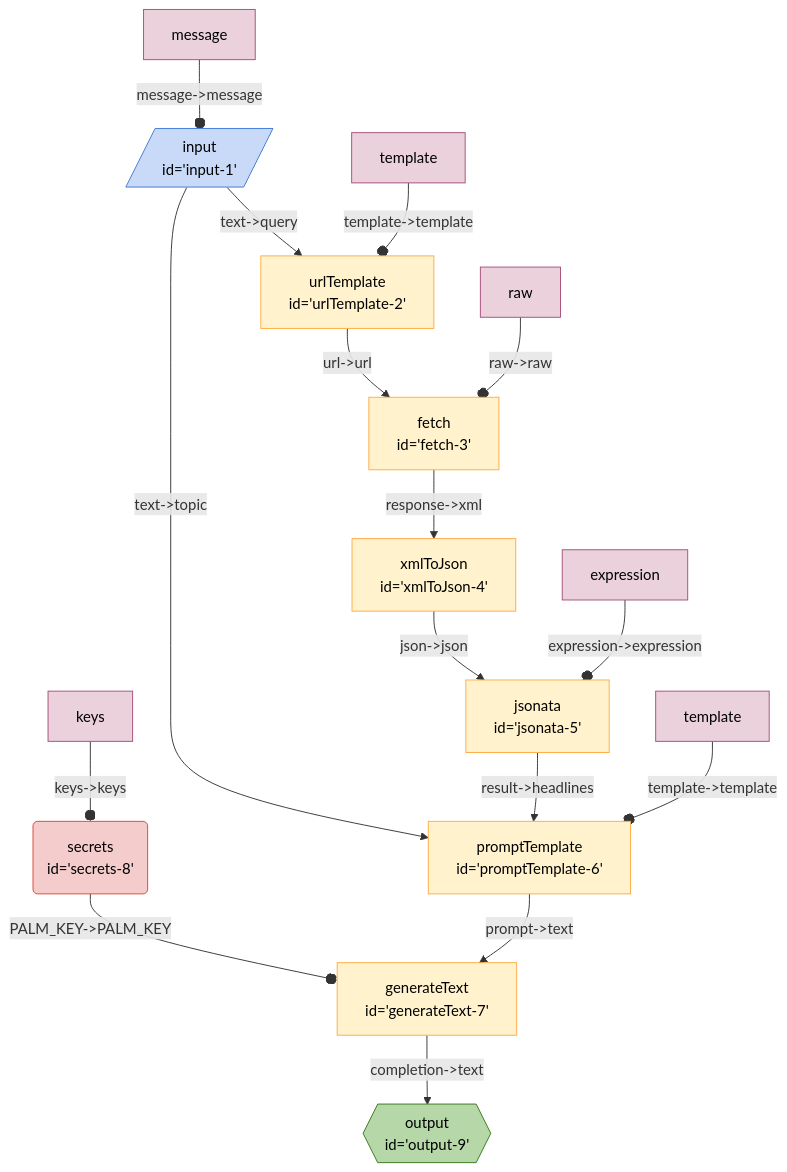
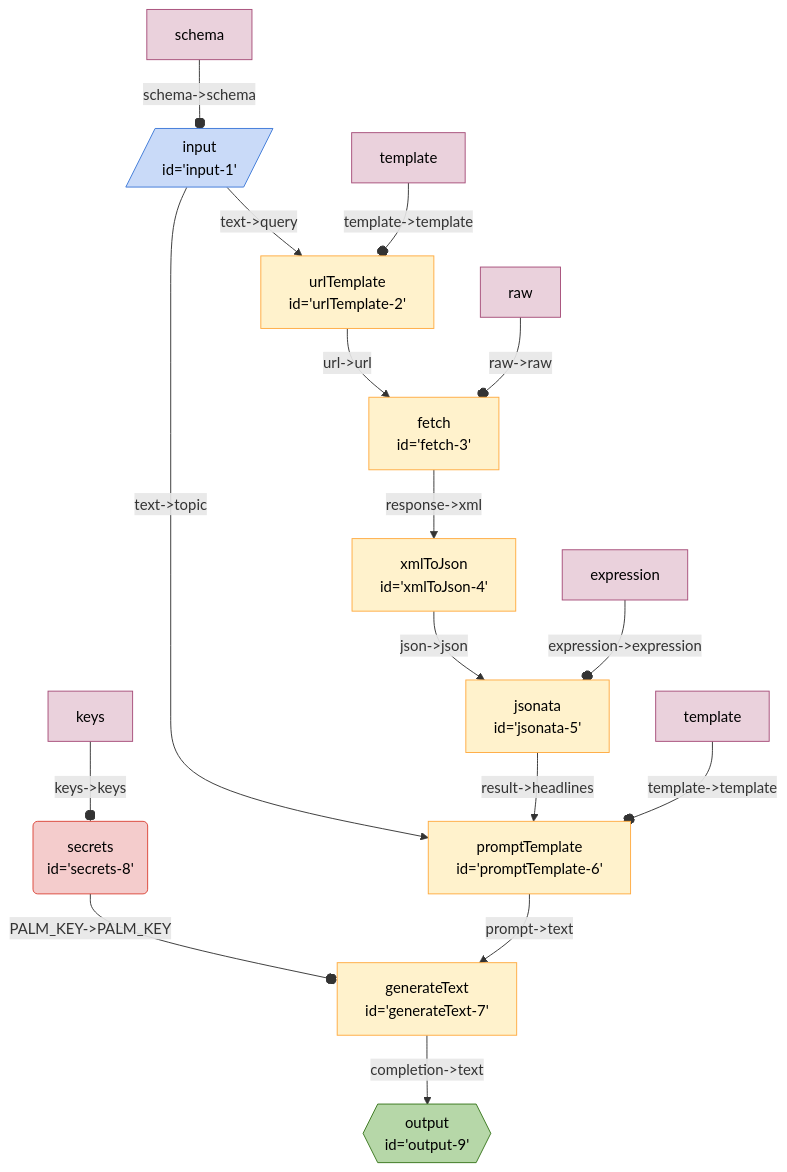
Before and after one commit to breadboard-ai/breadboard: the diagram in seeds/graph-playground/docs/graphs/google-news.md, drawn with Mermaid. The commit also changed 25 other files, not shown here.

Commit message:
[graph-playground] Update graphs to remove "message".

````diff
--- a/seeds/graph-playground/docs/graphs/google-news.md
+++ b/seeds/graph-playground/docs/graphs/google-news.md
@@ -5,27 +5,27 @@
   ```mermaid
   %%{init: 'themeVariables': { 'fontFamily': 'Fira Code, monospace' }}%%
 graph TD;
 input1[/"input <br> id='input-1'"/]:::input -- "text->topic" --> promptTemplate6["promptTemplate <br> id='promptTemplate-6'"]
 secrets8("secrets <br> id='secrets-8'"):::secrets -- "PALM_KEY->PALM_KEY" --o generateText7["generateText <br> id='generateText-7'"]
 generateText7["generateText <br> id='generateText-7'"] -- "completion->text" --> output9{{"output <br> id='output-9'"}}:::output
 promptTemplate6["promptTemplate <br> id='promptTemplate-6'"] -- "prompt->text" --> generateText7["generateText <br> id='generateText-7'"]
 jsonata5["jsonata <br> id='jsonata-5'"] -- "result->headlines" --> promptTemplate6["promptTemplate <br> id='promptTemplate-6'"]
 xmlToJson4["xmlToJson <br> id='xmlToJson-4'"] -- "json->json" --> jsonata5["jsonata <br> id='jsonata-5'"]
 fetch3["fetch <br> id='fetch-3'"] -- "response->xml" --> xmlToJson4["xmlToJson <br> id='xmlToJson-4'"]
 urlTemplate2["urlTemplate <br> id='urlTemplate-2'"] -- "url->url" --> fetch3["fetch <br> id='fetch-3'"]
 input1[/"input <br> id='input-1'"/]:::input -- "text->query" --> urlTemplate2["urlTemplate <br> id='urlTemplate-2'"]
-messageinput1[message]:::config -- "message->message" --o input1
+schemainput1[schema]:::config -- "schema->schema" --o input1
 templateurlTemplate2[template]:::config -- "template->template" --o urlTemplate2
 rawfetch3[raw]:::config -- "raw->raw" --o fetch3
 expressionjsonata5[expression]:::config -- "expression->expression" --o jsonata5
 templatepromptTemplate6[template]:::config -- "template->template" --o promptTemplate6
 keyssecrets8[keys]:::config -- "keys->keys" --o secrets8
 classDef default stroke:#ffab40,fill:#fff2ccff,color:#000
 classDef input stroke:#3c78d8,fill:#c9daf8ff,color:#000
 classDef output stroke:#38761d,fill:#b6d7a8ff,color:#000
 classDef passthrough stroke:#a64d79,fill:#ead1dcff,color:#000
 classDef slot stroke:#a64d79,fill:#ead1dcff,color:#000
 classDef config stroke:#a64d79,fill:#ead1dcff,color:#000
 classDef secrets stroke:#db4437,fill:#f4cccc,color:#000
 classDef slotted stroke:#a64d79
   ```
````
